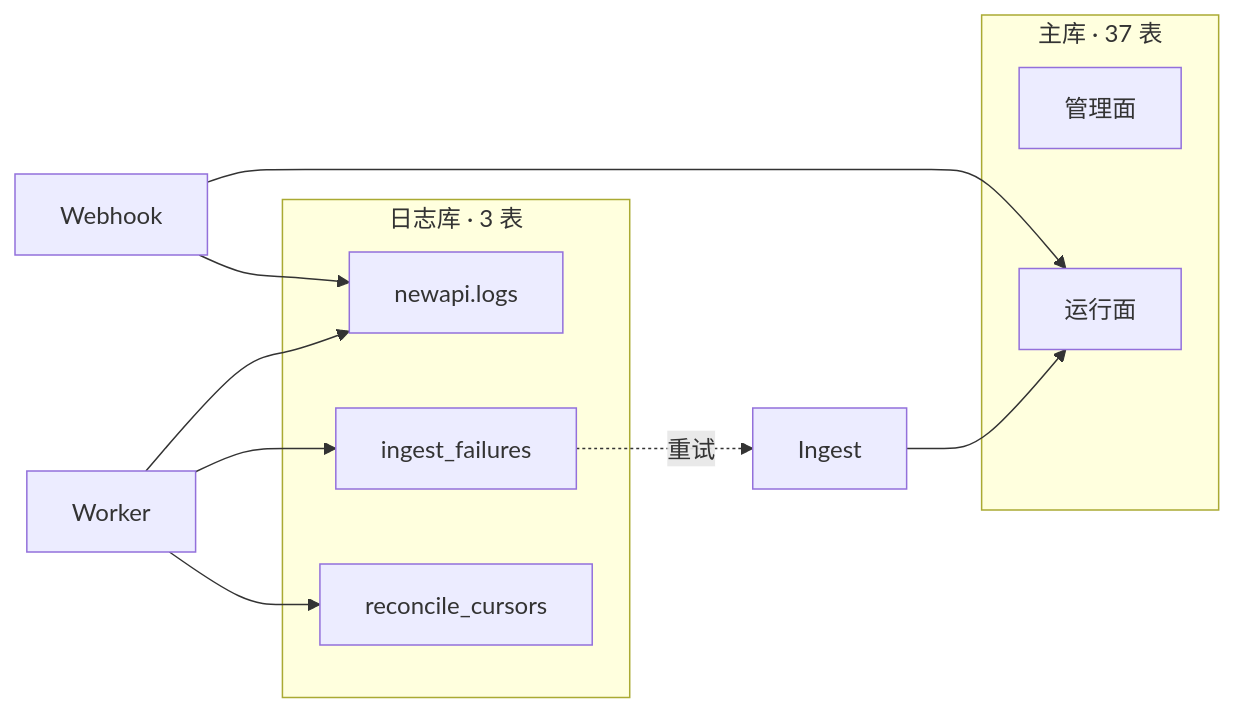
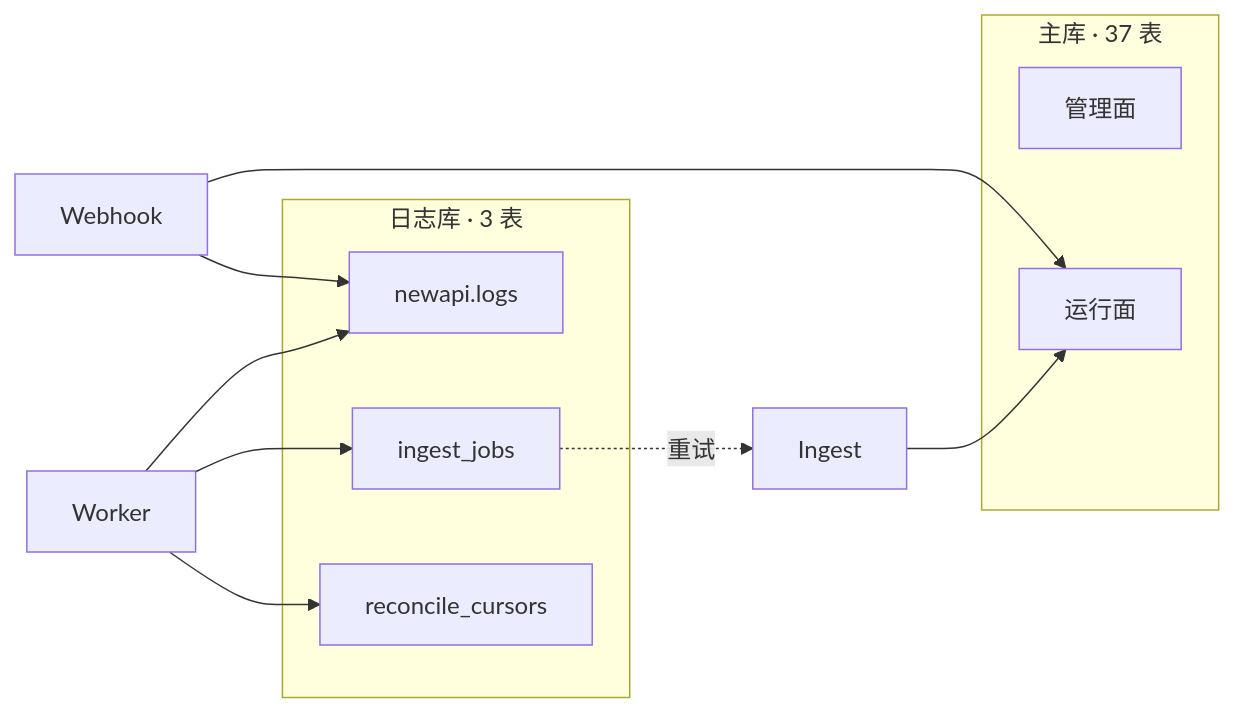
One commit to quyip8818/mytokenjoy changed the first of 7 diagrams in docs/Backend-存储架构.md. Above: the diagram before and after it, drawn with Mermaid. The commit also changed other lines of this file and 46 other files, not shown here.

````diff
--- a/docs/Backend-存储架构.md
+++ b/docs/Backend-存储架构.md
@@ -18,18 +18,18 @@
 ```mermaid
 flowchart LR
   subgraph main [主库 · 37 表]
     MGMT[管理面]
     RUN[运行面]
   end
 
   subgraph logs [日志库 · 3 表]
     NL[newapi.logs]
-    IF[ingest_failures]
+    IF[ingest_jobs]
     RC[reconcile_cursors]
   end
 
   WH[Webhook] --> RUN & NL
   ING[Ingest] --> RUN
   WK[Worker] --> RC & IF & NL
   IF -.->|重试| ING
 ```
````
